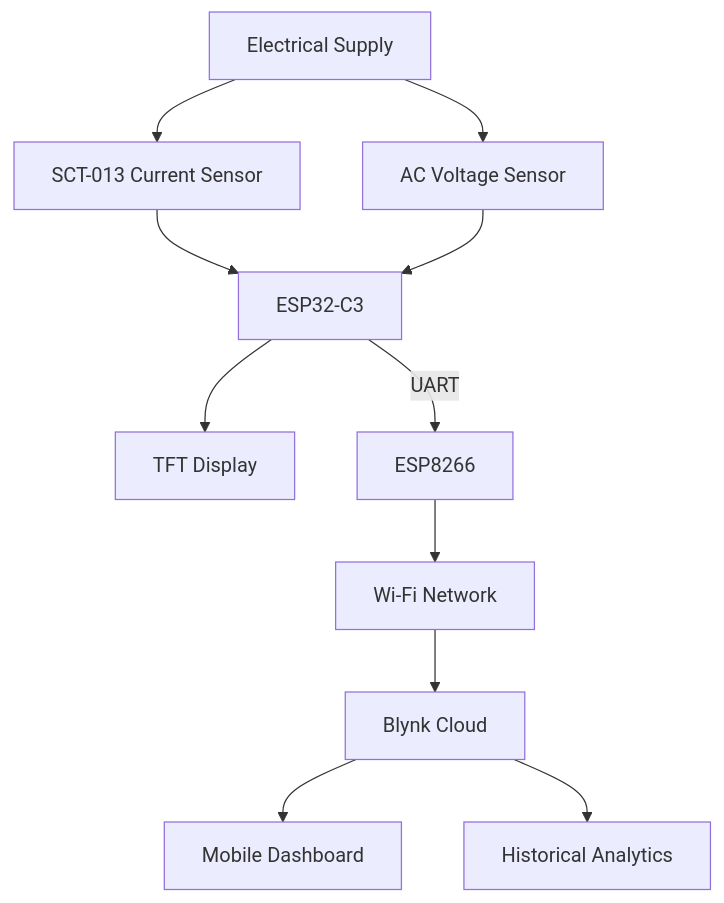
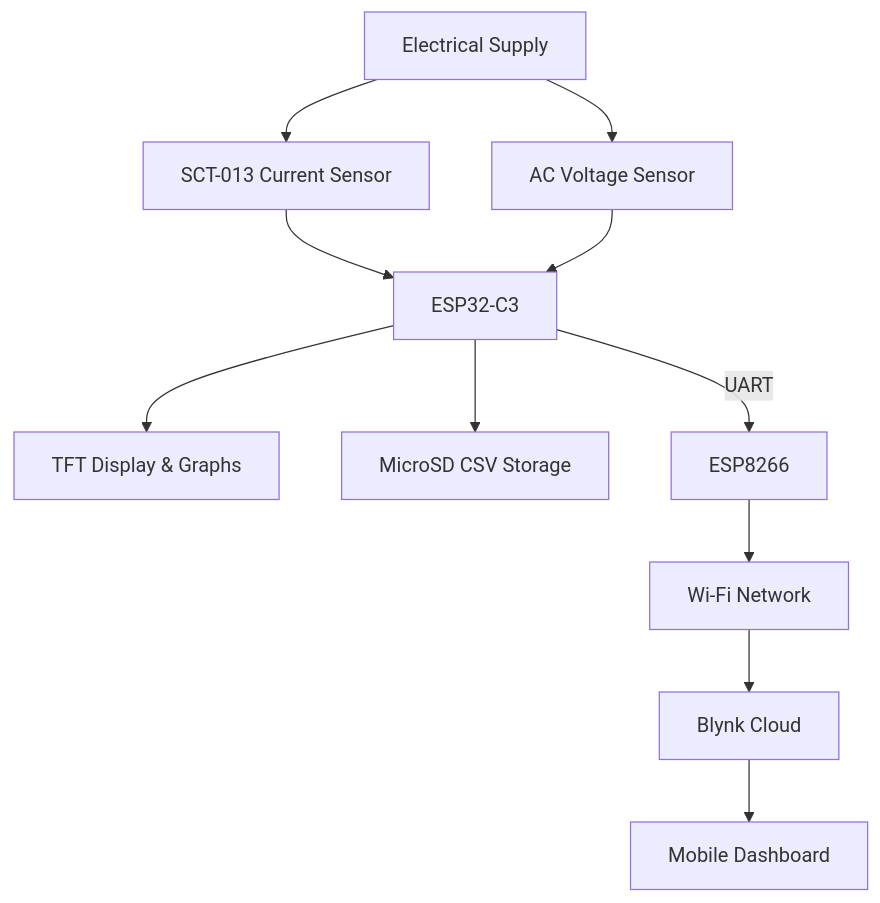
One commit to Willowwilson78-hub/ESP32_Power_Monitor changed the first of 3 diagrams in README.md. Above: the diagram before and after it, drawn with Mermaid. The commit also changed other lines of this file, not shown here.

````diff
--- a/README.md
+++ b/README.md
@@ -47,20 +66,23 @@
 ```mermaid
 flowchart TD
 
-A[Electrical Supply] --> B[SCT-013 Current Sensor]
+A[Electrical Supply]
+
+A --> B[SCT-013 Current Sensor]
 A --> C[AC Voltage Sensor]
 
 B --> D[ESP32-C3]
 C --> D
 
-D --> E[TFT Display]
+D --> TFT[TFT Display & Graphs]
 
-D -->|UART| F[ESP8266]
+D --> SD[MicroSD CSV Storage]
 
-F --> G[Wi-Fi Network]
+D -->|UART| E[ESP8266]
 
-G --> H[Blynk Cloud]
+E --> WIFI[Wi-Fi Network]
 
-H --> I[Mobile Dashboard]
-H --> J[Historical Analytics]
+WIFI --> BLYNK[Blynk Cloud]
+
+BLYNK --> APP[Mobile Dashboard]
 ```
````
